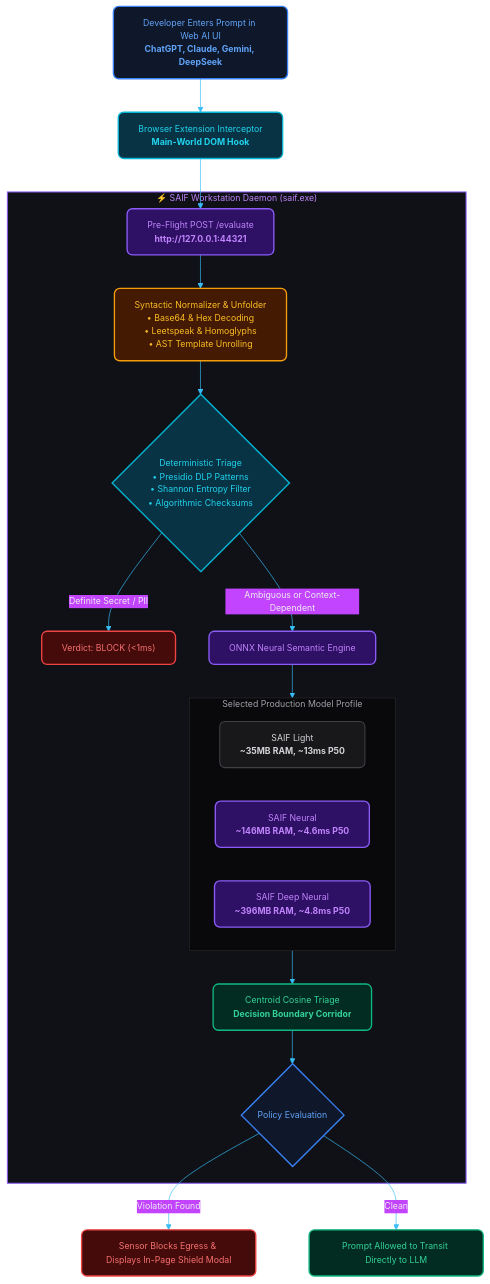
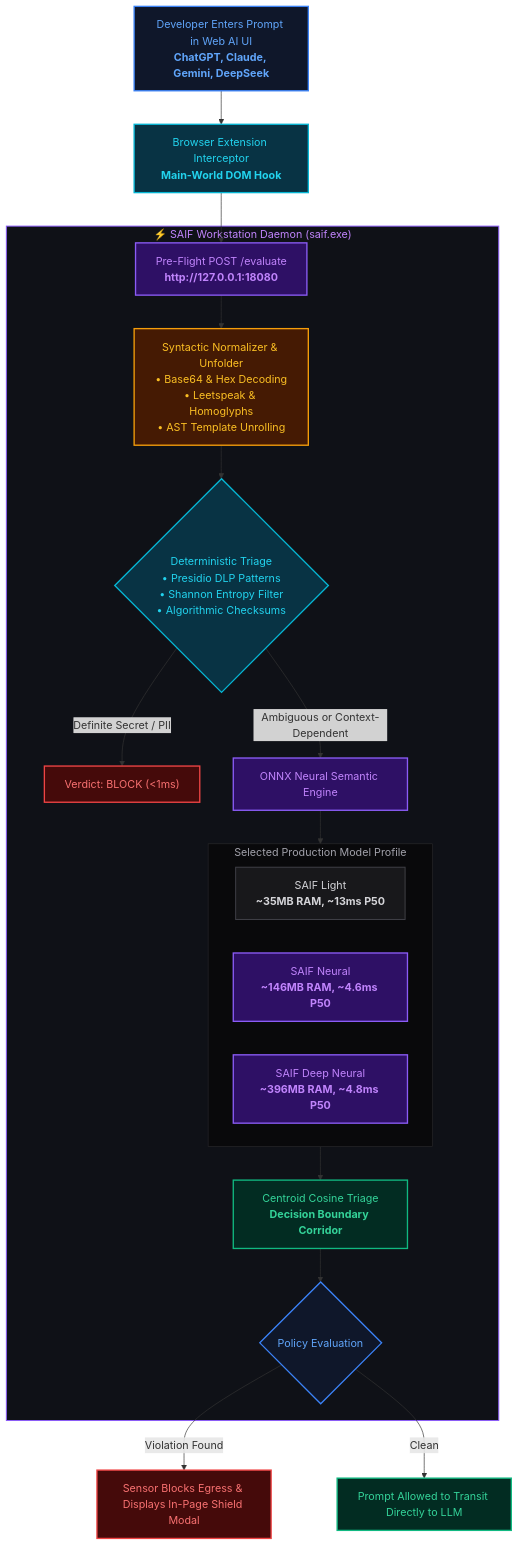
One commit to sudohackfu/saif-free-tier changed the diagram in docs/BENCHMARK.md. Above: the diagram before and after it, drawn with Mermaid. The commit also changed 2 other files, not shown here.

Commit message:
docs: standardize Mermaid syntax for universal Antigravity IDE rendering

````diff
--- a/docs/BENCHMARK.md
+++ b/docs/BENCHMARK.md
@@ -35,55 +35,42 @@
 ```mermaid
-%%{init: {
-  'theme': 'base',
-  'themeVariables': {
-    'darkMode': true,
-    'background': '#09090b',
-    'mainBkg': '#121217',
-    'nodeBorder': '#27272a',
-    'textColor': '#f4f4f5',
-    'fontFamily': 'Inter, system-ui, -apple-system, sans-serif',
-    'fontSize': '13px',
-    'lineColor': '#38bdf8'
-  }
-}}%%
 flowchart TD
     UserPrompt["Developer Enters Prompt in Web AI UI<br/><b>ChatGPT, Claude, Gemini, DeepSeek</b>"]:::blueNode
     Sensor["Browser Extension Interceptor<br/><b>Main-World DOM Hook</b>"]:::cyanNode
     UserPrompt --> Sensor
     
-    Sensor --> Preflight["Pre-Flight POST /evaluate<br/><b>http://127.0.0.1:44321</b>"]:::purpleNode
+    Sensor --> Preflight["Pre-Flight POST /evaluate<br/><b>http://127.0.0.1:18080</b>"]:::purpleNode
     
     subgraph WorkstationDaemon ["⚡ SAIF Workstation Daemon (saif.exe)"]
         Preproc["Syntactic Normalizer & Unfolder<br/>• Base64 & Hex Decoding<br/>• Leetspeak & Homoglyphs<br/>• AST Template Unrolling"]:::amberNode
         Preflight --> Preproc
         
         FastPath{"Deterministic Triage<br/>• Presidio DLP Patterns<br/>• Shannon Entropy Filter<br/>• Algorithmic Checksums"}:::cyanNode
         Preproc --> FastPath
         
         FastPath -->|"Definite Secret / PII"| BlockVerdict["Verdict: BLOCK (<1ms)"]:::redNode
         FastPath -->|"Ambiguous or Context-Dependent"| NeuralCascade["ONNX Neural Semantic Engine"]:::purpleNode
         
         subgraph Models ["Selected Production Model Profile"]
             M1["SAIF Light<br/><b>~35MB RAM, ~13ms P50</b>"]:::slateNode
             M2["SAIF Neural<br/><b>~146MB RAM, ~4.6ms P50</b>"]:::purpleNode
             M3["SAIF Deep Neural<br/><b>~396MB RAM, ~4.8ms P50</b>"]:::purpleNode
         end
         NeuralCascade --> Models
         Models --> CentroidMatch["Centroid Cosine Triage<br/><b>Decision Boundary Corridor</b>"]:::greenNode
         CentroidMatch --> FinalVerdict{"Policy Evaluation"}:::blueNode
     end
     
     FinalVerdict -->|"Violation Found"| ModalBlock["Sensor Blocks Egress & Displays In-Page Shield Modal"]:::redNode
     FinalVerdict -->|"Clean"| SafePass["Prompt Allowed to Transit Directly to LLM"]:::greenNode
 
-    classDef blueNode fill:#0f172a,stroke:#3b82f6,stroke-width:2px,color:#60a5fa,rx:8px,ry:8px;
-    classDef cyanNode fill:#083344,stroke:#06b6d4,stroke-width:2px,color:#22d3ee,rx:8px,ry:8px;
-    classDef greenNode fill:#022c22,stroke:#10b981,stroke-width:2px,color:#34d399,rx:8px,ry:8px;
-    classDef redNode fill:#450a0a,stroke:#ef4444,stroke-width:2px,color:#f87171,rx:8px,ry:8px;
-    classDef amberNode fill:#451a03,stroke:#f59e0b,stroke-width:2px,color:#fbbf24,rx:8px,ry:8px;
-    classDef purpleNode fill:#2e1065,stroke:#8b5cf6,stroke-width:2px,color:#c084fc,rx:8px,ry:8px;
-    classDef slateNode fill:#18181b,stroke:#3f3f46,stroke-width:1.5px,color:#d4d4d8,rx:8px,ry:8px;
+    classDef blueNode fill:#0f172a,stroke:#3b82f6,stroke-width:2px,color:#60a5fa;
+    classDef cyanNode fill:#083344,stroke:#06b6d4,stroke-width:2px,color:#22d3ee;
+    classDef greenNode fill:#022c22,stroke:#10b981,stroke-width:2px,color:#34d399;
+    classDef redNode fill:#450a0a,stroke:#ef4444,stroke-width:2px,color:#f87171;
+    classDef amberNode fill:#451a03,stroke:#f59e0b,stroke-width:2px,color:#fbbf24;
+    classDef purpleNode fill:#2e1065,stroke:#8b5cf6,stroke-width:2px,color:#c084fc;
+    classDef slateNode fill:#18181b,stroke:#3f3f46,stroke-width:1.5px,color:#d4d4d8;
 
     style WorkstationDaemon fill:#0f1117,stroke:#8b5cf6,stroke-width:1.5px,color:#c084fc;
     style Models fill:#09090b,stroke:#27272a,stroke-width:1px,color:#a1a1aa;
 ```
````
